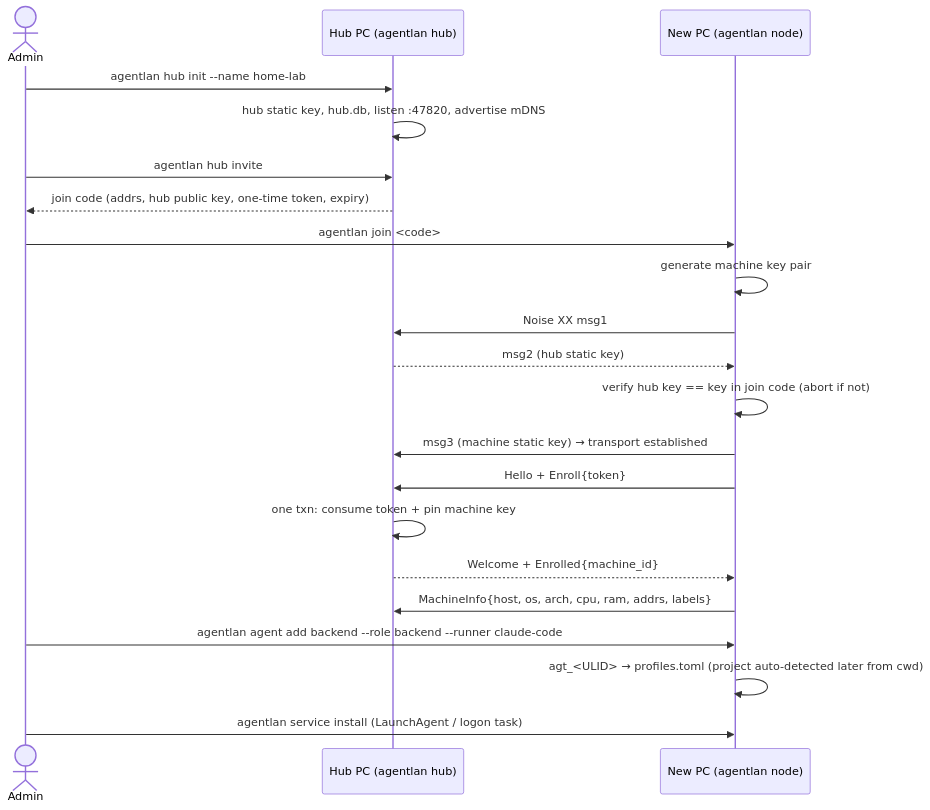
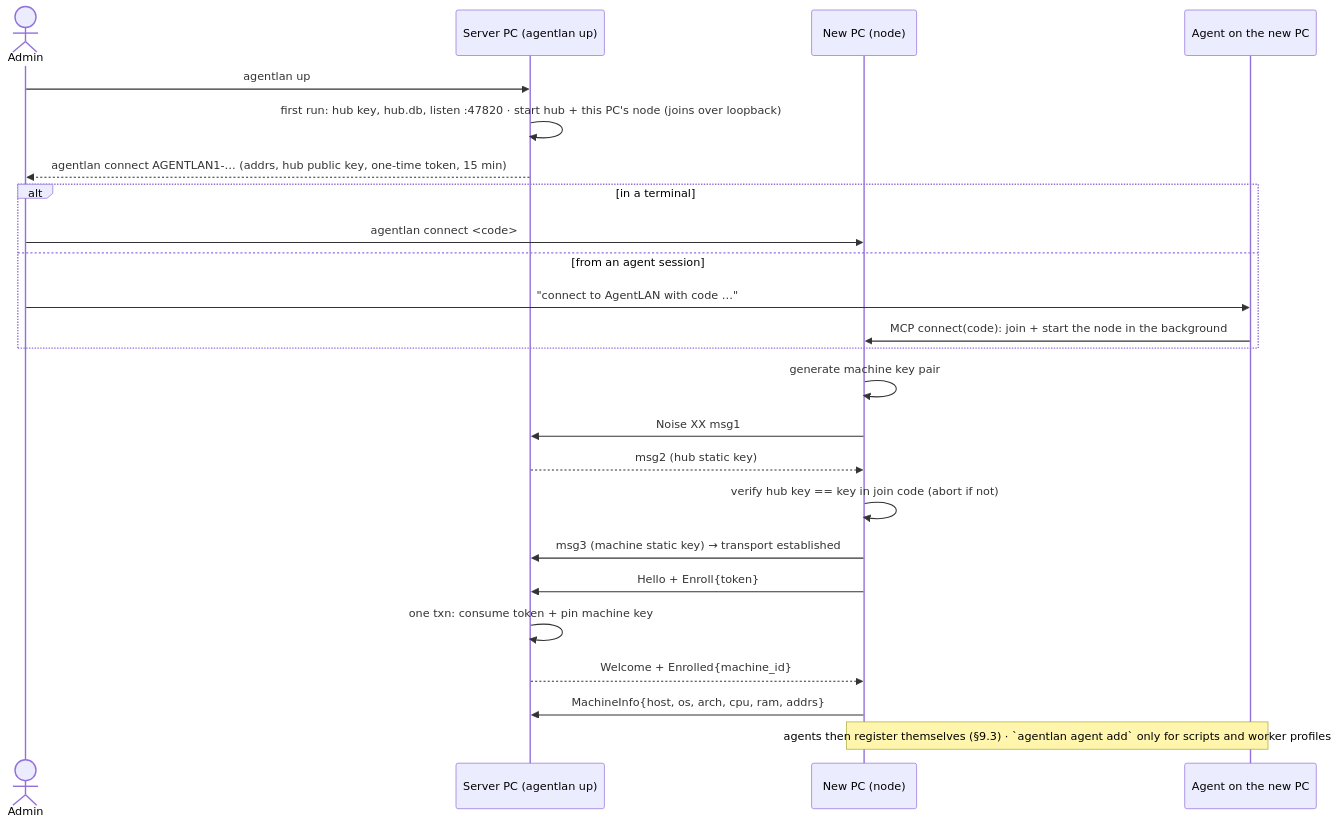
One commit to jenn0pal/agentlan changed the fifth of 12 diagrams in PROPOSAL.md. Above: the diagram before and after it, drawn with Mermaid. The commit also changed other lines of this file and 3 other files, not shown here.

First line of the commit message:
Docs: Mermaid diagrams; interactive process flow on GitHub Pages

````diff
--- a/PROPOSAL.md
+++ b/PROPOSAL.md
@@ -645,23 +667,26 @@
 ```mermaid
 sequenceDiagram
     actor Admin
-    participant H as Hub PC (agentlan hub)
-    participant N as New PC (agentlan node)
-    Admin->>H: agentlan hub init --name home-lab
-    H->>H: hub static key, hub.db, listen :47820, advertise mDNS
-    Admin->>H: agentlan hub invite
-    H-->>Admin: join code (addrs, hub public key, one-time token, expiry)
-    Admin->>N: agentlan join <code>
+    participant H as Server PC (agentlan up)
+    participant N as New PC (node)
+    participant A as Agent on the new PC
+    Admin->>H: agentlan up
+    H->>H: first run: hub key, hub.db, listen :47820 · start hub + this PC's node (joins over loopback)
+    H-->>Admin: agentlan connect AGENTLAN1-… (addrs, hub public key, one-time token, 15 min)
+    alt in a terminal
+        Admin->>N: agentlan connect <code>
+    else from an agent session
+        Admin->>A: "connect to AgentLAN with code …"
+        A->>N: MCP connect(code): join + start the node in the background
+    end
     N->>N: generate machine key pair
     N->>H: Noise XX msg1
     H-->>N: msg2 (hub static key)
     N->>N: verify hub key == key in join code (abort if not)
     N->>H: msg3 (machine static key) → transport established
     N->>H: Hello + Enroll{token}
     H->>H: one txn: consume token + pin machine key
     H-->>N: Welcome + Enrolled{machine_id}
-    N->>H: MachineInfo{host, os, arch, cpu, ram, addrs, labels}
-    Admin->>N: agentlan agent add backend --role backend --runner claude-code
-    N->>N: agt_<ULID> → profiles.toml (project auto-detected later from cwd)
-    Admin->>N: agentlan service install (LaunchAgent / logon task)
+    N->>H: MachineInfo{host, os, arch, cpu, ram, addrs}
+    Note over N,A: agents then register themselves (§9.3) · `agentlan agent add` only for scripts and worker profiles
 ```
````
